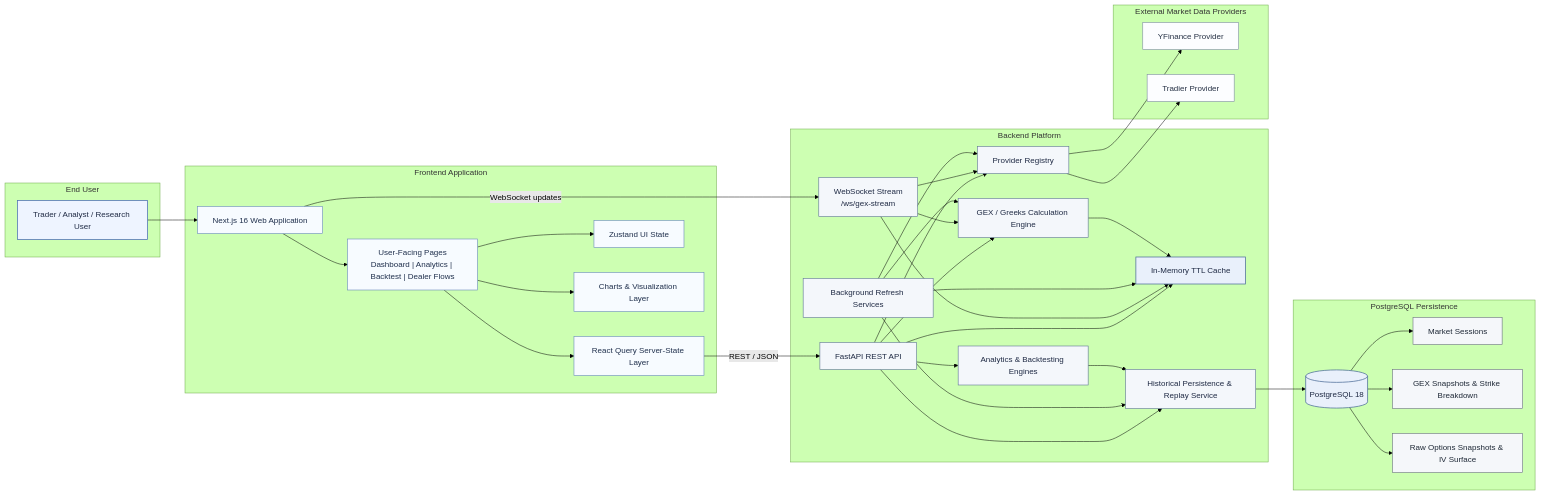
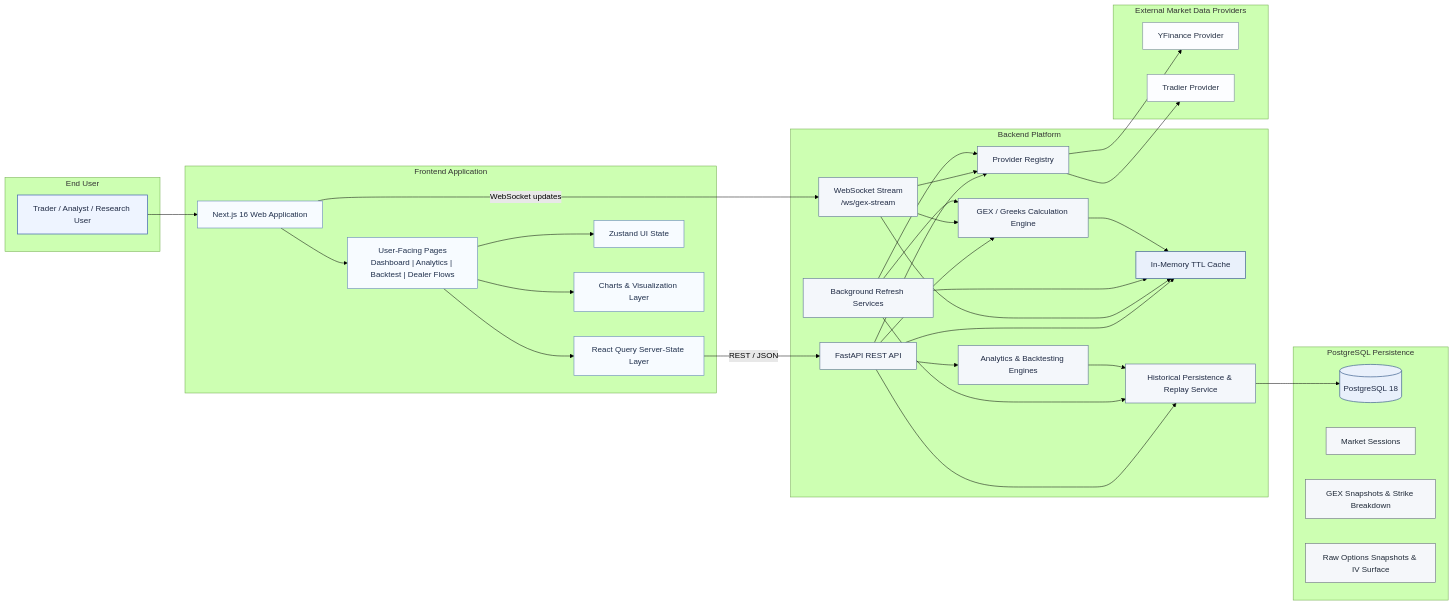
The diagram in docs/report/figure-1-high-level-system-architecture.mmd (puneet-chandna/0DTE-dealer-gamma), drawn with Mermaid (forest theme) before and after one commit. The commit also changed 3 other files, not shown here.

```diff
--- a/docs/report/figure-1-high-level-system-architecture.mmd
+++ b/docs/report/figure-1-high-level-system-architecture.mmd
@@ -1,81 +1,78 @@
 flowchart LR
     classDef user fill:#eef4ff,stroke:#4c6fb3,color:#1f2a44,stroke-width:1.5px;
     classDef frontend fill:#f7fbff,stroke:#6a8bbd,color:#20304d,stroke-width:1.2px;
     classDef backend fill:#f4f7fb,stroke:#5f7596,color:#1f2a44,stroke-width:1.2px;
     classDef source fill:#fcfdff,stroke:#7f8ea3,color:#273246,stroke-width:1.2px;
     classDef store fill:#f5f7fa,stroke:#6b7280,color:#1f2937,stroke-width:1.2px;
     classDef accent fill:#e9f0fb,stroke:#4f6f9a,color:#1f2a44,stroke-width:1.5px;
 
     subgraph U["End User"]
         USER["Trader / Analyst / Research User"]
     end
 
     subgraph F["Frontend Application"]
         NEXT["Next.js 16 Web Application"]
         PAGES["User-Facing Pages<br/>Dashboard | Analytics | Backtest | Dealer Flows"]
         RQ["React Query Server-State Layer"]
         ZUSTAND["Zustand UI State"]
         CHARTS["Charts & Visualization Layer"]
     end
 
     subgraph B["Backend Platform"]
         API["FastAPI REST API"]
         WS["WebSocket Stream<br/>/ws/gex-stream"]
         REG["Provider Registry"]
         CALC["GEX / Greeks Calculation Engine"]
         ANALYTICS["Analytics & Backtesting Engines"]
         BG["Background Refresh Services"]
         CACHE["In-Memory TTL Cache"]
         HIST["Historical Persistence & Replay Service"]
     end
 
     subgraph E["External Market Data Providers"]
         YF["YFinance Provider"]
         TR["Tradier Provider"]
     end
 
     subgraph D["PostgreSQL Persistence"]
         PG[("PostgreSQL 18")]
         SESS["Market Sessions"]
         GEXDB["GEX Snapshots & Strike Breakdown"]
         RAW["Raw Options Snapshots & IV Surface"]
     end
 
     USER --> NEXT
     NEXT --> PAGES
     PAGES --> RQ
     PAGES --> ZUSTAND
     PAGES --> CHARTS
 
     RQ -->|"REST / JSON"| API
     NEXT -->|"WebSocket updates"| WS
 
     API --> REG
     API --> CACHE
     API --> CALC
     API --> ANALYTICS
     API --> HIST
     WS --> REG
     WS --> CACHE
     WS --> CALC
     BG --> REG
     BG --> CALC
     BG --> CACHE
     BG --> HIST
     ANALYTICS --> HIST
     CALC --> CACHE
 
     REG --> YF
     REG --> TR
 
     HIST --> PG
-    PG --> SESS
-    PG --> GEXDB
-    PG --> RAW
 
     class USER user;
     class NEXT,PAGES,RQ,ZUSTAND,CHARTS frontend;
     class API,WS,REG,CALC,ANALYTICS,BG,CACHE,HIST backend;
     class YF,TR source;
     class PG,SESS,GEXDB,RAW store;
     class CACHE,PG accent;
```
